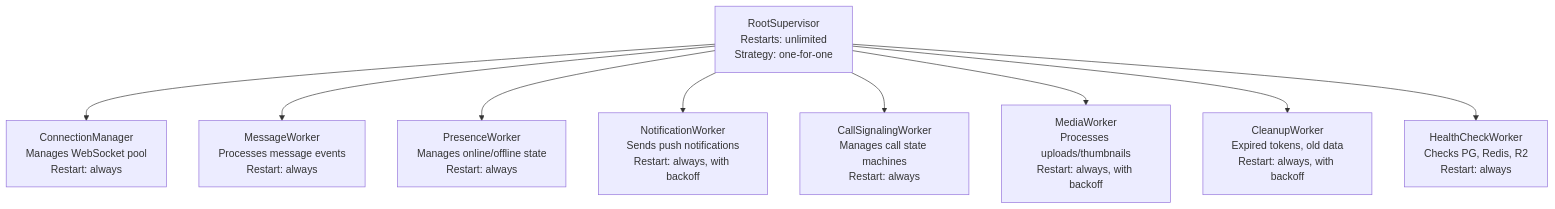
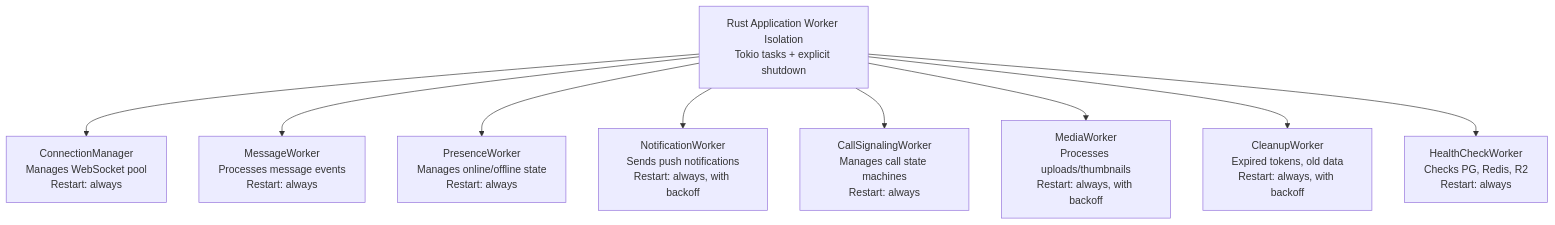
The first of 4 diagrams in docs/14-fault-tolerance/fault-tolerance.md (Aaditya-kumar-singh/Connect), drawn with Mermaid before and after one commit. The commit also changed other lines of this file and 242 other files, not shown here.

````diff
--- a/docs/14-fault-tolerance/fault-tolerance.md
+++ b/docs/14-fault-tolerance/fault-tolerance.md
@@ -17,13 +19,13 @@
 ```mermaid
 graph TD
-    ROOT[RootSupervisor<br/>Restarts: unlimited<br/>Strategy: one-for-one]
+    ROOT[Rust Application Worker Isolation<br/>Tokio tasks + explicit shutdown]
     
     ROOT --> CM[ConnectionManager<br/>Manages WebSocket pool<br/>Restart: always]
     ROOT --> MW[MessageWorker<br/>Processes message events<br/>Restart: always]
     ROOT --> PW[PresenceWorker<br/>Manages online/offline state<br/>Restart: always]
     ROOT --> NW[NotificationWorker<br/>Sends push notifications<br/>Restart: always, with backoff]
     ROOT --> CW[CallSignalingWorker<br/>Manages call state machines<br/>Restart: always]
     ROOT --> MDW[MediaWorker<br/>Processes uploads/thumbnails<br/>Restart: always, with backoff]
     ROOT --> CLW[CleanupWorker<br/>Expired tokens, old data<br/>Restart: always, with backoff]
     ROOT --> HCW[HealthCheckWorker<br/>Checks PG, Redis, R2<br/>Restart: always]
 ```
````
